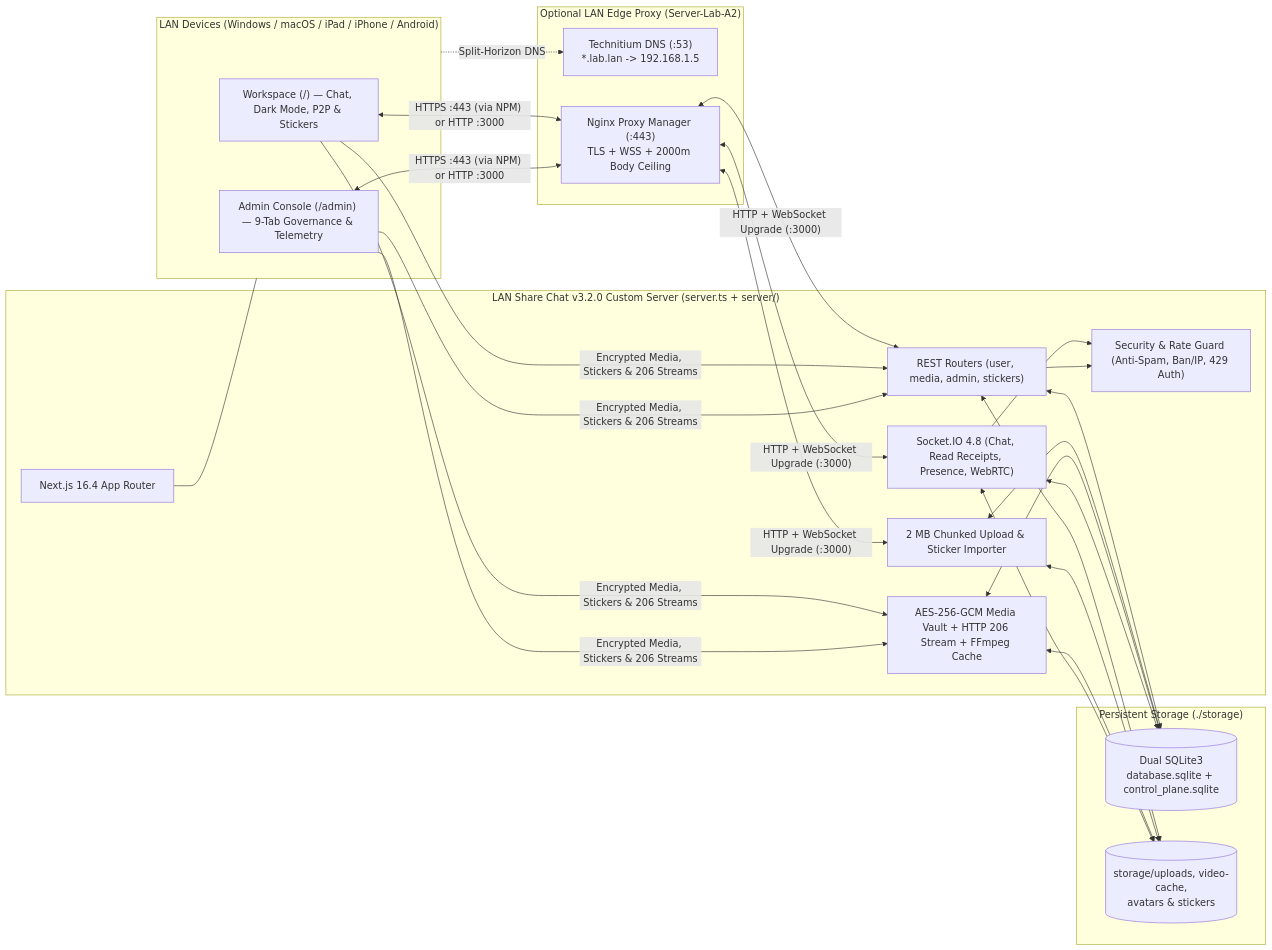
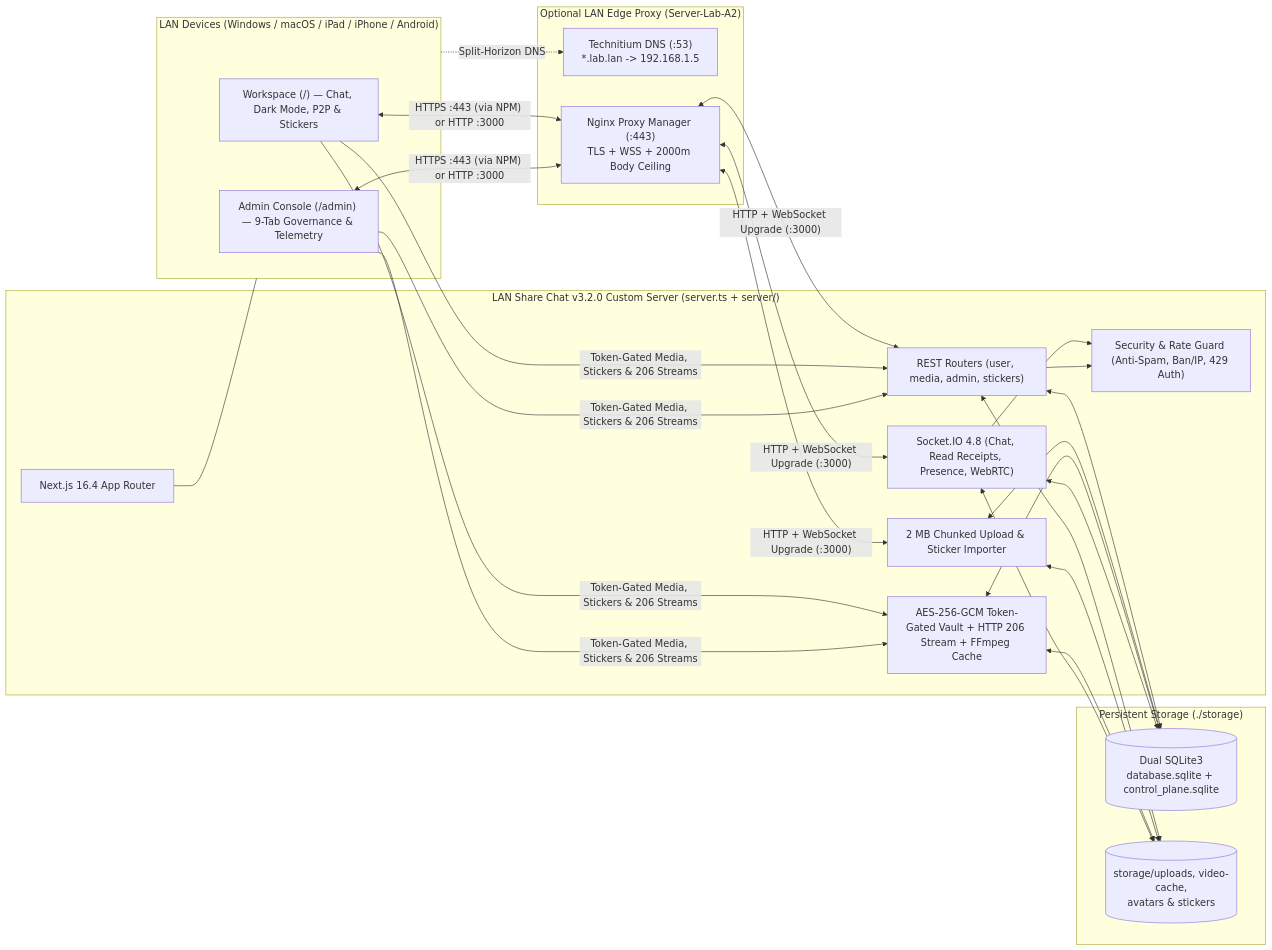
One commit to rathanon-lab/lan-share-chat changed the diagram in README.md. Above: the diagram before and after it, drawn with Mermaid. The commit also changed other lines of this file and 1 other file, not shown here.

````diff
--- a/README.md
+++ b/README.md
@@ -72,34 +72,34 @@
 ```mermaid
 flowchart LR
     subgraph Clients["LAN Devices (Windows / macOS / iPad / iPhone / Android)"]
         CHAT["Workspace (/) — Chat, Dark Mode, P2P & Stickers"]
         ADM["Admin Console (/admin) — 9-Tab Governance & Telemetry"]
     end
 
     subgraph Edge["Optional LAN Edge Proxy (Server-Lab-A2)"]
         DNS["Technitium DNS (:53)\n*.lab.lan -> 192.168.1.5"]
         NPM["Nginx Proxy Manager (:443)\nTLS + WSS + 2000m Body Ceiling"]
     end
 
     subgraph Server["LAN Share Chat v3.2.0 Custom Server (server.ts + server/)"]
         API["REST Routers (user, media, admin, stickers)"]
         NEXT["Next.js 16.4 App Router"]
         SEC["Security & Rate Guard (Anti-Spam, Ban/IP, 429 Auth)"]
         SIO["Socket.IO 4.8 (Chat, Read Receipts, Presence, WebRTC)"]
         UPLOAD["2 MB Chunked Upload & Sticker Importer"]
-        CRYPTO["AES-256-GCM Media Vault + HTTP 206 Stream + FFmpeg Cache"]
+        CRYPTO["AES-256-GCM Token-Gated Vault + HTTP 206 Stream + FFmpeg Cache"]
     end
 
     subgraph Storage["Persistent Storage (./storage)"]
         DB[("Dual SQLite3\ndatabase.sqlite + control_plane.sqlite")]
         VAULT[("storage/uploads, video-cache,\navatars & stickers")]
     end
 
     Clients -.->|"Split-Horizon DNS"| DNS
     CHAT & ADM <-->|"HTTPS :443 (via NPM) or HTTP :3000"| NPM
     NPM <-->|"HTTP + WebSocket Upgrade (:3000)"| SIO & API & UPLOAD
     SIO & API --> SEC
-    CHAT & ADM -->|"Encrypted Media, Stickers & 206 Streams"| CRYPTO & API
+    CHAT & ADM -->|"Token-Gated Media, Stickers & 206 Streams"| CRYPTO & API
     API & UPLOAD & CRYPTO & SIO <--> DB & VAULT
     NEXT --- Clients
 ```
````
